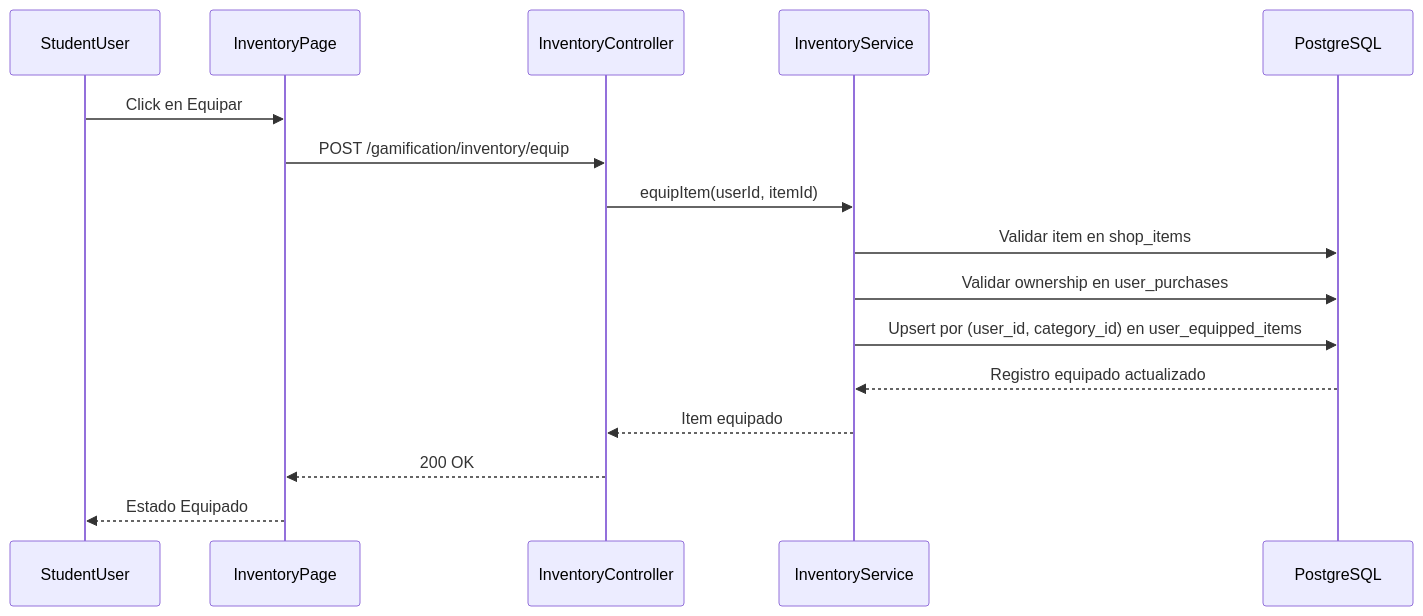
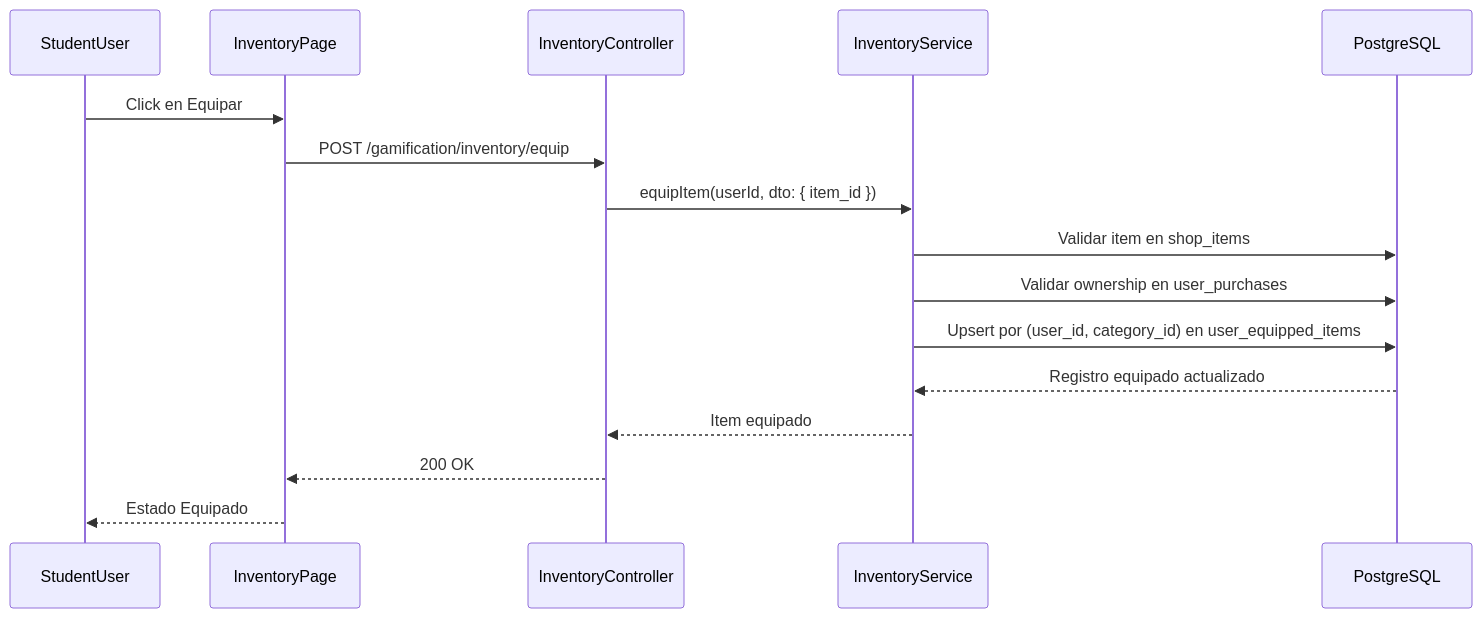
Before and after one commit to rckrdmrd/gamilit-workspace: the diagram in docs/20-architecture/gamificacion/FLUJO-TECNICO-EQUIPAMIENTO.md, drawn with Mermaid. The commit also changed other lines of this file and 953 other files, not shown here.

````diff
--- a/docs/20-architecture/gamificacion/FLUJO-TECNICO-EQUIPAMIENTO.md
+++ b/docs/20-architecture/gamificacion/FLUJO-TECNICO-EQUIPAMIENTO.md
@@ -23,19 +23,19 @@
 ```mermaid
 sequenceDiagram
     participant User as StudentUser
     participant FE as InventoryPage
     participant API as InventoryController
     participant SVC as InventoryService
     participant DB as PostgreSQL
 
     User->>FE: Click en Equipar
     FE->>API: POST /gamification/inventory/equip
-    API->>SVC: equipItem(userId, itemId)
+    API->>SVC: equipItem(userId, dto: { item_id })
     SVC->>DB: Validar item en shop_items
     SVC->>DB: Validar ownership en user_purchases
     SVC->>DB: Upsert por (user_id, category_id) en user_equipped_items
     DB-->>SVC: Registro equipado actualizado
     SVC-->>API: Item equipado
     API-->>FE: 200 OK
     FE-->>User: Estado Equipado
 ```
````
